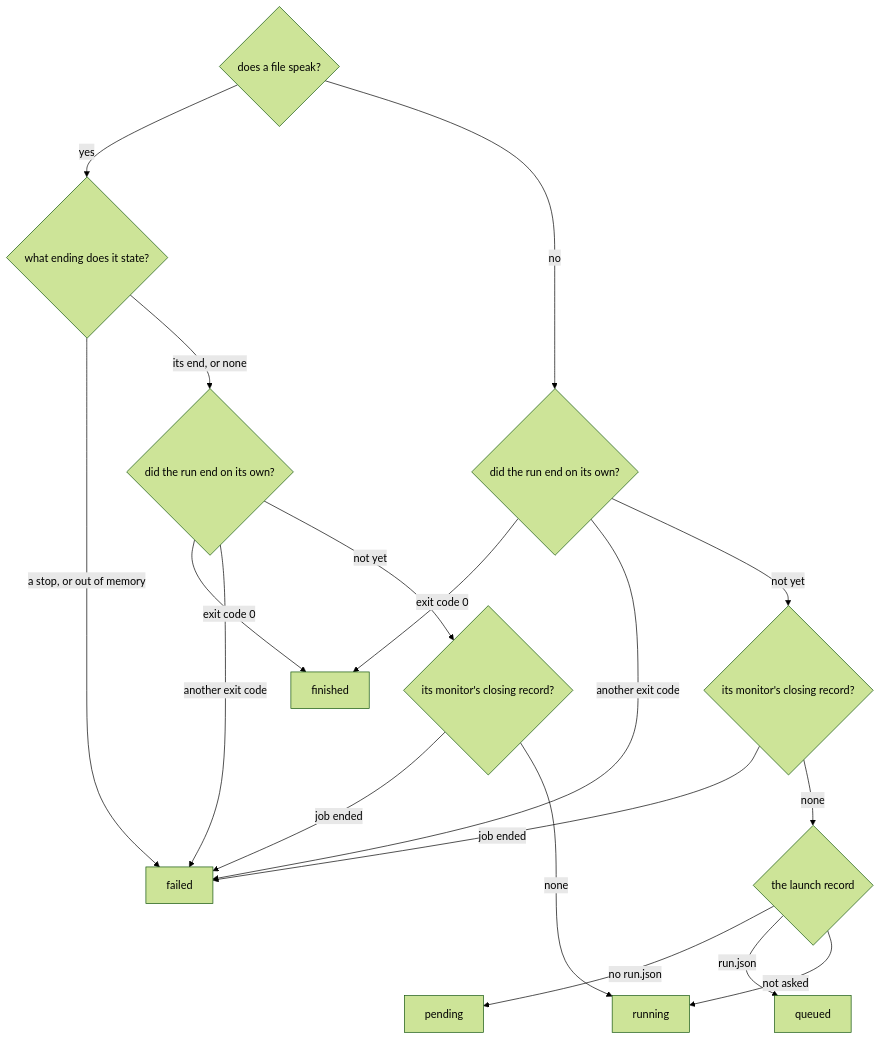
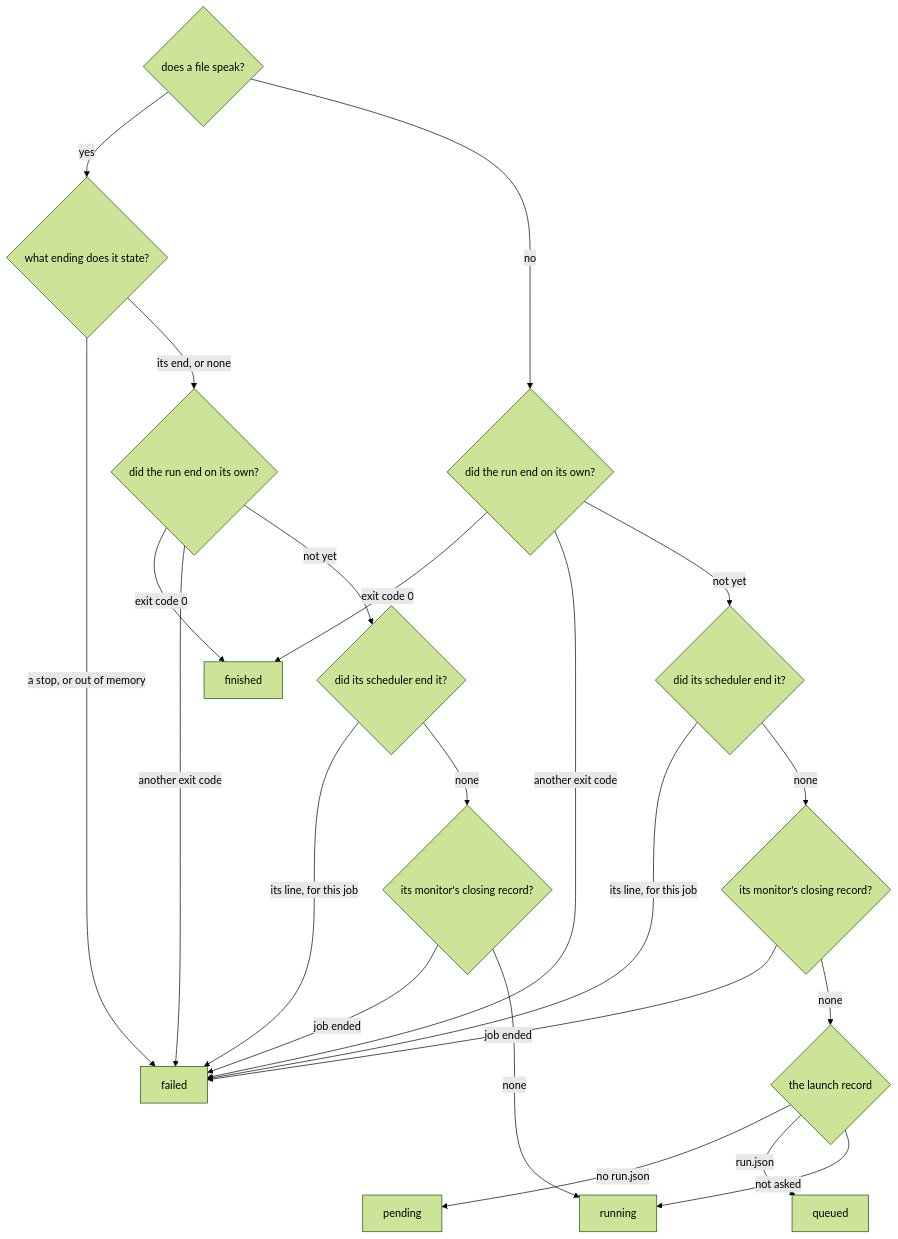
Before and after one commit to Qing-LAB/molbuilder: the third of 6 diagrams in docs/execution/running-a-job.md, drawn with Mermaid (forest theme). The commit also changed other lines of this file and 21 other files, not shown here.

````diff
--- a/docs/execution/running-a-job.md
+++ b/docs/execution/running-a-job.md
@@ -663,20 +663,24 @@
 ```mermaid
 flowchart TD
     S{"does a file speak?"} -->|"yes"| E{"what ending does it state?"}
     E -->|"a stop, or out of memory"| FAIL["failed"]
     E -->|"its end, or none"| C{"did the run end on its own?"}
     C -->|"exit code 0"| FIN["finished"]
     C -->|"another exit code"| FAIL
-    C -->|"not yet"| G{"its monitor's closing record?"}
+    C -->|"not yet"| K{"did its scheduler end it?"}
+    K -->|"its line, for this job"| FAIL
+    K -->|"none"| G{"its monitor's closing record?"}
     G -->|"job ended"| FAIL
     G -->|"none"| RUN["running"]
     S -->|"no"| C2{"did the run end on its own?"}
     C2 -->|"exit code 0"| FIN
     C2 -->|"another exit code"| FAIL
-    C2 -->|"not yet"| G2{"its monitor's closing record?"}
+    C2 -->|"not yet"| K2{"did its scheduler end it?"}
+    K2 -->|"its line, for this job"| FAIL
+    K2 -->|"none"| G2{"its monitor's closing record?"}
     G2 -->|"job ended"| FAIL
     G2 -->|"none"| L{"the launch record"}
     L -->|"no run.json"| PEN["pending"]
     L -->|"run.json"| Q["queued"]
     L -->|"not asked"| RUN
 ```
````
